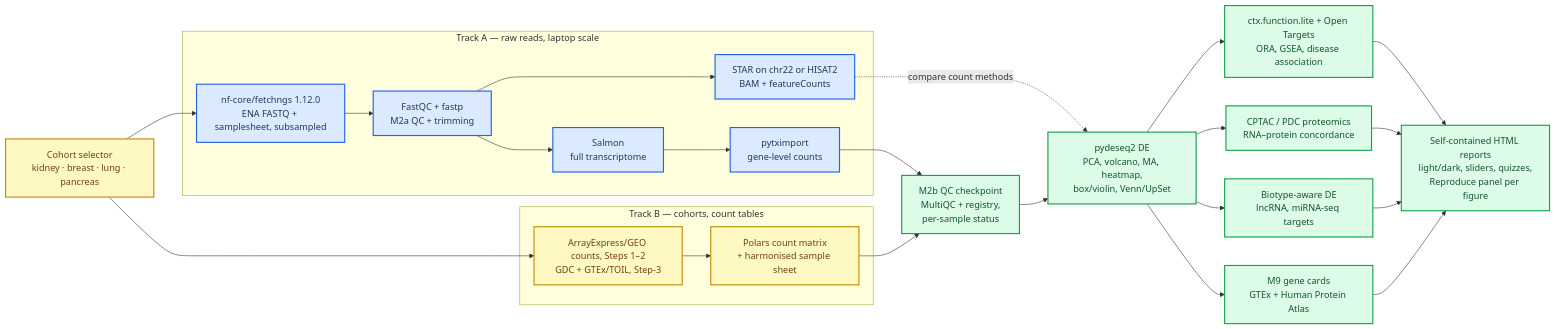
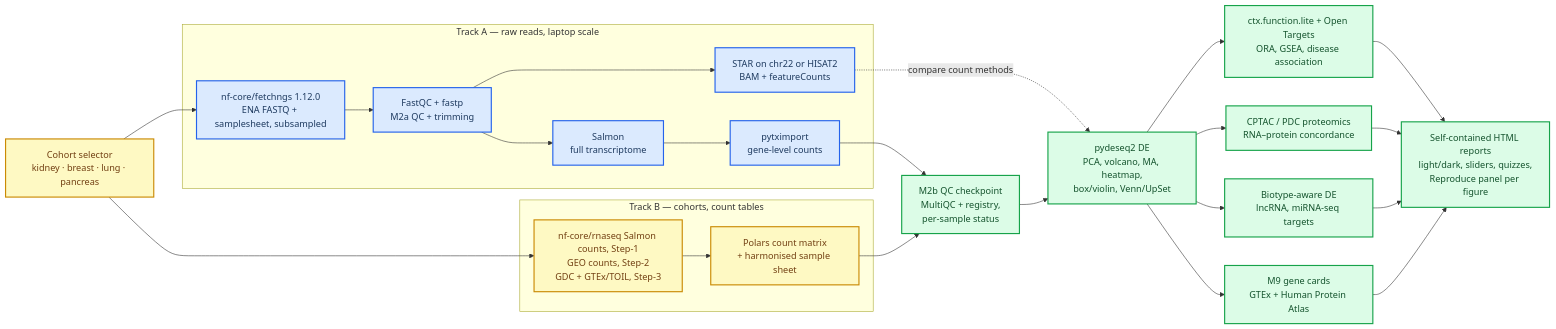
One commit to Aramburu-Lab/RNAseq_tutorial changed the diagram in TODO.md. Above: the diagram before and after it, drawn with Mermaid. The commit also changed other lines of this file and 5 other files, not shown here.

````diff
--- a/TODO.md
+++ b/TODO.md
@@ -31,41 +31,41 @@
 ```mermaid
 flowchart LR
     accTitle: Two-Track Teaching Architecture
     accDescr: A cohort selector (kidney, breast, lung, pancreas) chooses the datasets for both tracks. Track A runs the complete read-level pipeline on subsampled FASTQ files so it fits a laptop. Track B uses count tables from immune-cell cohorts and, at Step-3, from TCGA and GTEx, for realistic cohort statistics. Both tracks pass a QC checkpoint and feed the same differential expression and functional annotation modules; two integration modules compare RNA changes with proteomics and handle non-coding RNAs, and gene cards add GTEx and Human Protein Atlas context for selected genes before reporting.
 
     cohortsel["Cohort selector<br/>kidney · breast · lung · pancreas"]
 
     subgraph track_a["Track A — raw reads, laptop scale"]
         fastq["nf-core/fetchngs 1.12.0<br/>ENA FASTQ + samplesheet, subsampled"] --> qc["FastQC + fastp<br/>M2a QC + trimming"]
         qc --> align["STAR on chr22 or HISAT2<br/>BAM + featureCounts"]
         qc --> salmon["Salmon<br/>full transcriptome"]
         salmon --> tximport["pytximport<br/>gene-level counts"]
     end
 
     subgraph track_b["Track B — cohorts, count tables"]
-        gdc["ArrayExpress/GEO counts, Steps 1–2<br/>GDC + GTEx/TOIL, Step-3"] --> matrix["Polars count matrix<br/>+ harmonised sample sheet"]
+        gdc["nf-core/rnaseq Salmon counts, Step-1<br/>GEO counts, Step-2<br/>GDC + GTEx/TOIL, Step-3"] --> matrix["Polars count matrix<br/>+ harmonised sample sheet"]
     end
 
     cohortsel --> fastq
     cohortsel --> gdc
     tximport --> qcc["M2b QC checkpoint<br/>MultiQC + registry,<br/>per-sample status"]
     matrix --> qcc
     qcc --> de["pydeseq2 DE<br/>PCA, volcano, MA, heatmap,<br/>box/violin, Venn/UpSet"]
     align -.->|"compare count methods"| de
     de --> func["ctx.function.lite + Open Targets<br/>ORA, GSEA, disease association"]
     de --> prot["CPTAC / PDC proteomics<br/>RNA–protein concordance"]
     de --> ncrna["Biotype-aware DE<br/>lncRNA, miRNA-seq targets"]
     func --> report["Self-contained HTML reports<br/>light/dark, sliders, quizzes,<br/>Reproduce panel per figure"]
     prot --> report
     ncrna --> report
     de --> gene["M9 gene cards<br/>GTEx + Human Protein Atlas"]
     gene --> report
 
     classDef reads fill:#dbeafe,stroke:#2563eb,stroke-width:2px,color:#1e3a5f
     classDef cohort fill:#fef9c3,stroke:#ca8a04,stroke-width:2px,color:#713f12
     classDef shared fill:#dcfce7,stroke:#16a34a,stroke-width:2px,color:#14532d
 
     class fastq,qc,align,salmon,tximport reads
     class cohortsel,gdc,matrix cohort
     class qcc,de,func,prot,ncrna,gene,report shared
 ```
````
